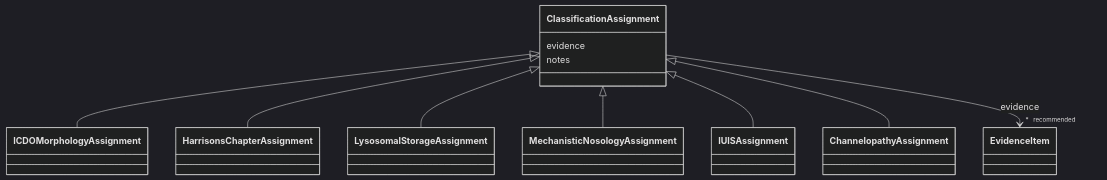
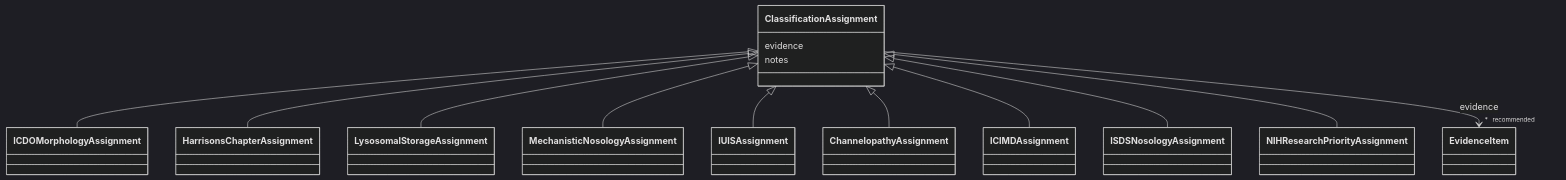
Before and after one commit to monarch-initiative/dismech: the diagram in docs/schema/classes/ClassificationAssignment.md, drawn with Mermaid (dark theme). The commit also changed other lines of this file and 393 other files, not shown here.

````diff
--- a/docs/schema/classes/ClassificationAssignment.md
+++ b/docs/schema/classes/ClassificationAssignment.md
@@ -20,32 +20,38 @@
 ```mermaid
  classDiagram
     class ClassificationAssignment
     click ClassificationAssignment href "../../classes/ClassificationAssignment/"
       ClassificationAssignment <|-- ICDOMorphologyAssignment
         click ICDOMorphologyAssignment href "../../classes/ICDOMorphologyAssignment/"
       ClassificationAssignment <|-- HarrisonsChapterAssignment
         click HarrisonsChapterAssignment href "../../classes/HarrisonsChapterAssignment/"
       ClassificationAssignment <|-- LysosomalStorageAssignment
         click LysosomalStorageAssignment href "../../classes/LysosomalStorageAssignment/"
       ClassificationAssignment <|-- MechanisticNosologyAssignment
         click MechanisticNosologyAssignment href "../../classes/MechanisticNosologyAssignment/"
       ClassificationAssignment <|-- IUISAssignment
         click IUISAssignment href "../../classes/IUISAssignment/"
       ClassificationAssignment <|-- ChannelopathyAssignment
         click ChannelopathyAssignment href "../../classes/ChannelopathyAssignment/"
+      ClassificationAssignment <|-- ICIMDAssignment
+        click ICIMDAssignment href "../../classes/ICIMDAssignment/"
+      ClassificationAssignment <|-- ISDSNosologyAssignment
+        click ISDSNosologyAssignment href "../../classes/ISDSNosologyAssignment/"
+      ClassificationAssignment <|-- NIHResearchPriorityAssignment
+        click NIHResearchPriorityAssignment href "../../classes/NIHResearchPriorityAssignment/"
       
       ClassificationAssignment : evidence
         
           
     
         
         
         ClassificationAssignment --> "* _recommended_" EvidenceItem : evidence
         click EvidenceItem href "../../classes/EvidenceItem/"
     
 
         
       ClassificationAssignment : notes
         
       
 ```
````
